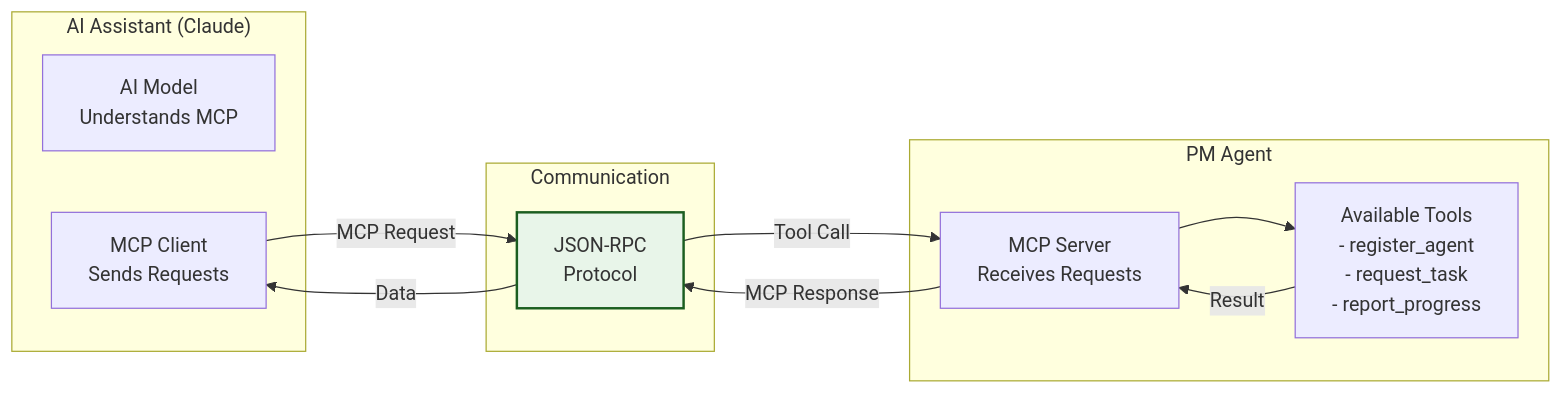
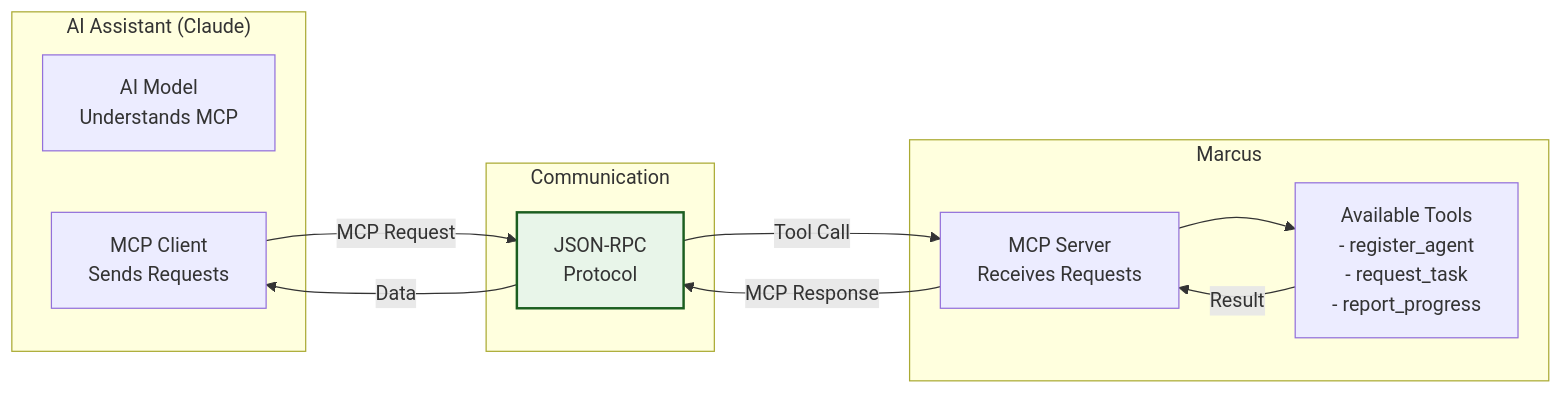
Before and after one commit to lwgray/pm-agent: the first of 2 diagrams in docs/concepts/mcp-protocol.md, drawn with Mermaid. The commit also changed other lines of this file and 54 other files, not shown here.

````diff
--- a/docs/concepts/mcp-protocol.md
+++ b/docs/concepts/mcp-protocol.md
@@ -14,25 +14,25 @@
 ```mermaid
 graph LR
     subgraph "AI Assistant (Claude)"
         AI[AI Model<br/>Understands MCP]
         MC[MCP Client<br/>Sends Requests]
     end
     
-    subgraph "PM Agent"
+    subgraph "Marcus"
         MS[MCP Server<br/>Receives Requests]
         TOOLS[Available Tools<br/>- register_agent<br/>- request_task<br/>- report_progress]
     end
     
     subgraph "Communication"
         PROTO[JSON-RPC<br/>Protocol]
     end
     
     MC -->|MCP Request| PROTO
     PROTO -->|Tool Call| MS
     MS --> TOOLS
     TOOLS -->|Result| MS
     MS -->|MCP Response| PROTO
     PROTO -->|Data| MC
     
     style PROTO fill:#e8f5e9,stroke:#1b5e20,stroke-width:2px
 ```
````
